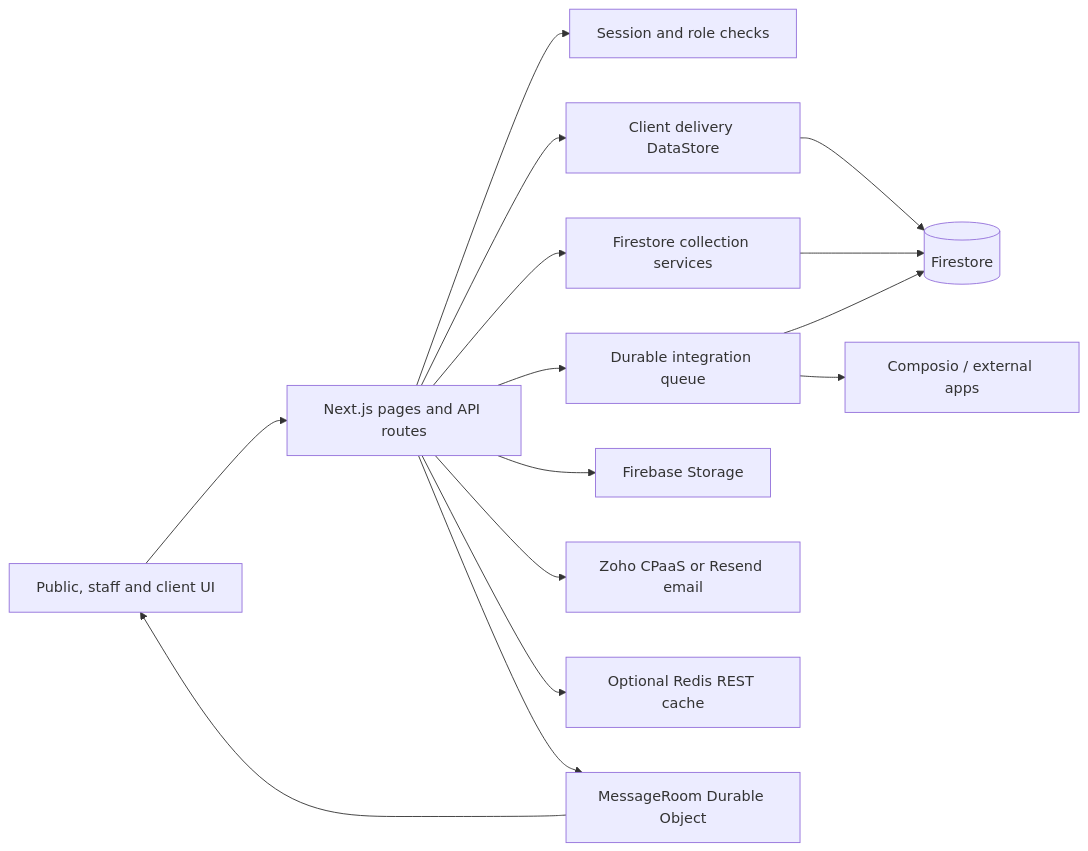
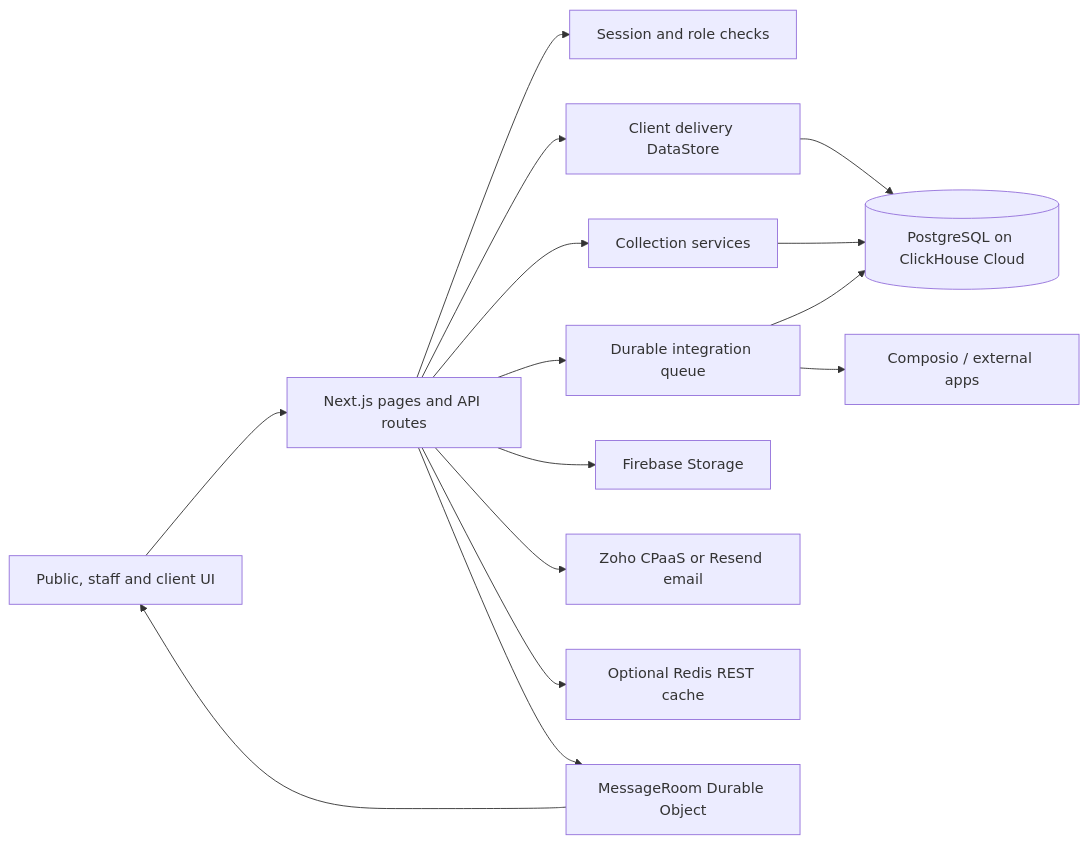
Before and after one commit to brcbro/boatship: the diagram in architecture/README.md, drawn with Mermaid. The commit also changed other lines of this file and 17 other files, not shown here.

First line of the commit message:
Move persistence to PostgreSQL on ClickHouse Cloud

````diff
--- a/architecture/README.md
+++ b/architecture/README.md
@@ -28,17 +28,17 @@
 ```mermaid
 flowchart LR
   Browser[Public, staff and client UI] --> Next[Next.js pages and API routes]
   Next --> Auth[Session and role checks]
   Next --> Store[Client delivery DataStore]
-  Next --> Relational[Firestore collection services]
-  Store --> Firestore[(Firestore)]
-  Relational --> Firestore
+  Next --> Relational[Collection services]
+  Store --> DB[(PostgreSQL on ClickHouse Cloud)]
+  Relational --> DB
   Next --> Jobs[Durable integration queue]
-  Jobs --> Firestore
+  Jobs --> DB
   Next --> Files[Firebase Storage]
   Jobs --> Composio[Composio / external apps]
   Next --> Email[Zoho CPaaS or Resend email]
   Next --> Redis[Optional Redis REST cache]
   Next --> DO[MessageRoom Durable Object]
   DO --> Browser
 ```
````
